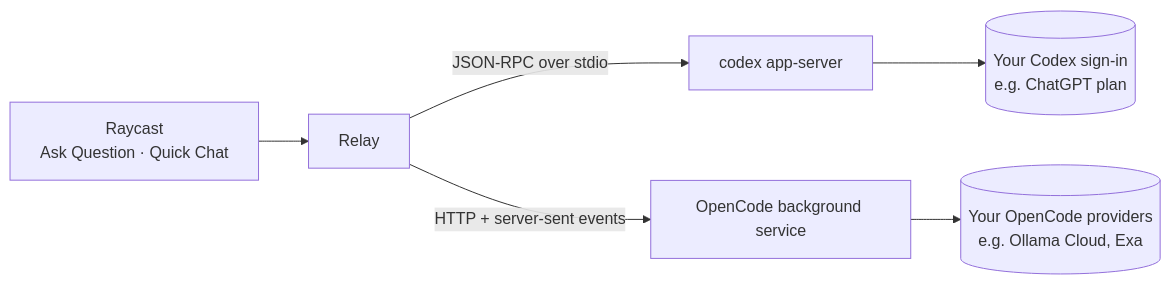
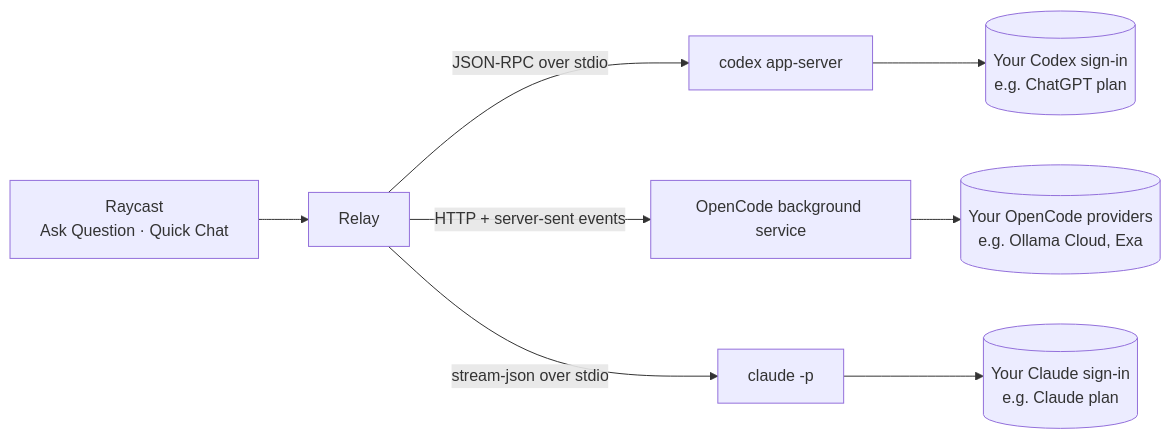
Before and after one commit to Hinkolas/raycast-relay: the diagram in README.md, drawn with Mermaid. The commit also changed other lines of this file and 9 other files, not shown here.

````diff
--- a/README.md
+++ b/README.md
@@ -109,8 +111,10 @@
 ```mermaid
 flowchart LR
   raycast["Raycast<br/>Ask Question · Quick Chat"] --> relay["Relay"]
   relay -- "JSON-RPC over stdio" --> codex["codex app-server"]
   relay -- "HTTP + server-sent events" --> opencode["OpenCode background service"]
+  relay -- "stream-json over stdio" --> claude["claude -p"]
   codex --> plan[("Your Codex sign-in<br/>e.g. ChatGPT plan")]
   opencode --> providers[("Your OpenCode providers<br/>e.g. Ollama Cloud, Exa")]
+  claude --> subscription[("Your Claude sign-in<br/>e.g. Claude plan")]
 ```
````
